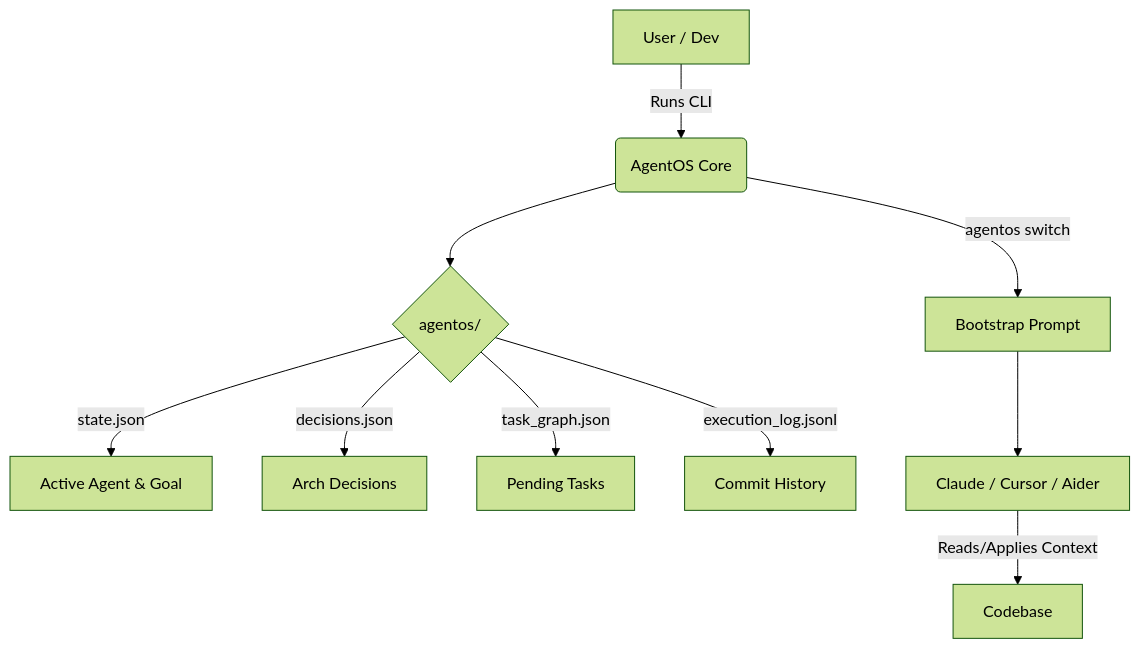
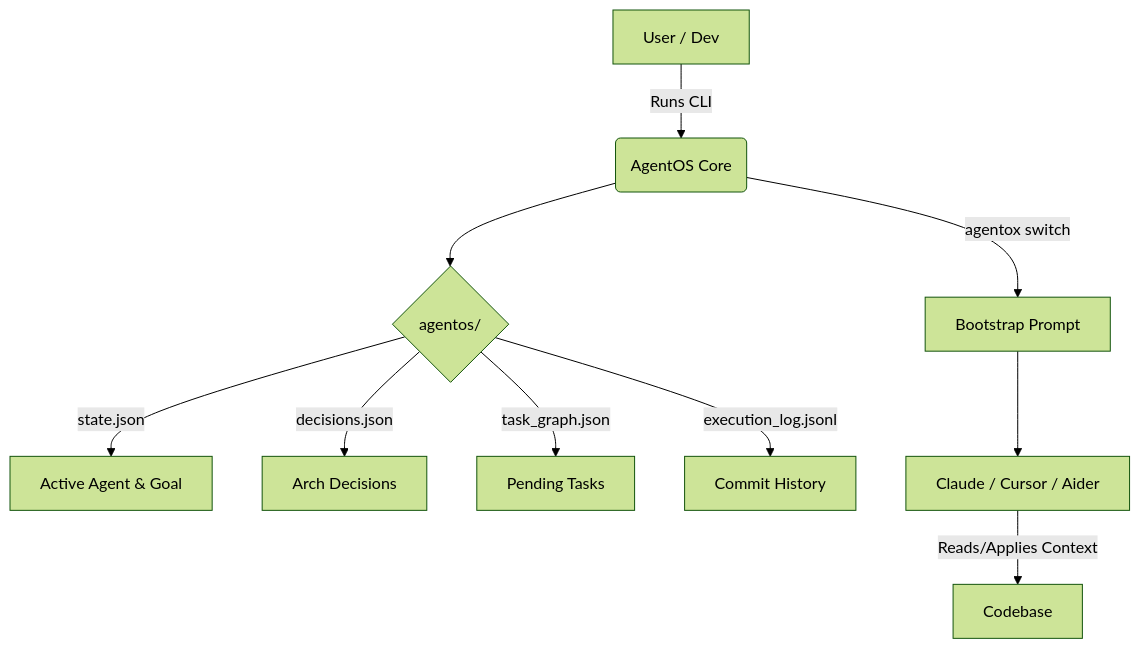
The diagram in README.md (VanshKaushal/AgentOX), drawn with Mermaid (forest theme) before and after one commit. The commit also changed other lines of this file and 1 other file, not shown here.

````diff
--- a/README.md
+++ b/README.md
@@ -122,13 +136,13 @@
 ```mermaid
 graph TD;
     A[User / Dev] -->|Runs CLI| B(AgentOS Core);
     B --> C{agentos/};
     C -->|state.json| D[Active Agent & Goal];
     C -->|decisions.json| E[Arch Decisions];
     C -->|task_graph.json| F[Pending Tasks];
     C -->|execution_log.jsonl| G[Commit History];
     
-    B -->|agentos switch| H[Bootstrap Prompt];
+    B -->|agentox switch| H[Bootstrap Prompt];
     H --> I[Claude / Cursor / Aider];
     I -->|Reads/Applies Context| J[Codebase];
 ```
````
